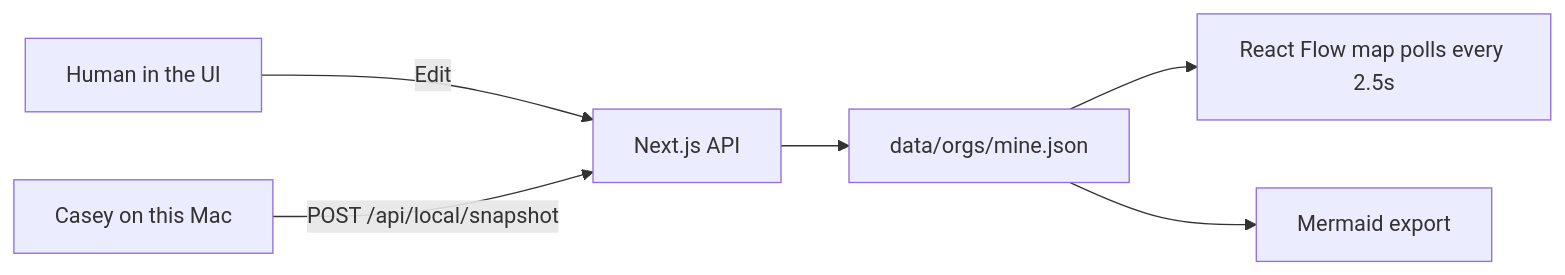
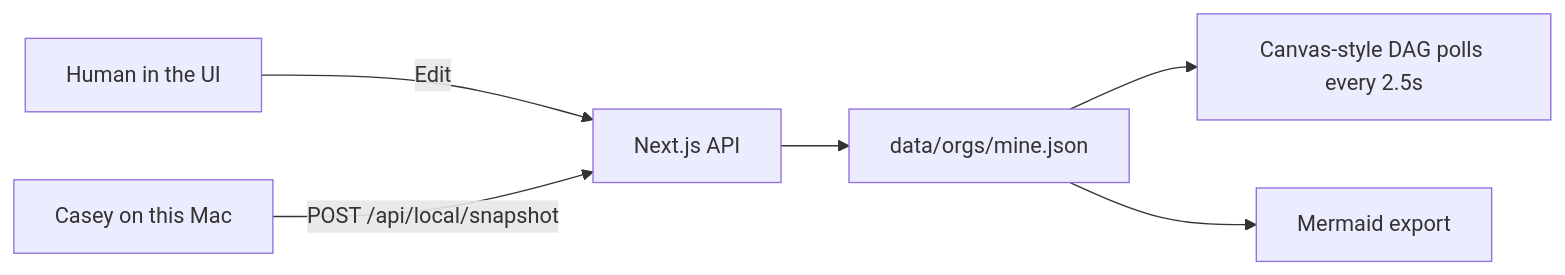
Before and after one commit to supe-log/eye-of-grok: the diagram in ARCHITECTURE.md, drawn with Mermaid. The commit also changed other lines of this file and 11 other files, not shown here.

Commit message:
Replace React Flow with a canvas-style org map so the public UI matches the Cursor canvas.

````diff
--- a/ARCHITECTURE.md
+++ b/ARCHITECTURE.md
@@ -63,8 +63,8 @@
 ```mermaid
 flowchart LR
   Human[Human in the UI] -->|Edit| API
   Casey[Casey on this Mac] -->|POST /api/local/snapshot| API
   API[Next.js API] --> Store[data/orgs/mine.json]
-  Store --> Map[React Flow map polls every 2.5s]
+  Store --> Map[Canvas-style DAG polls every 2.5s]
   Store --> Mermaid[Mermaid export]
 ```
````
